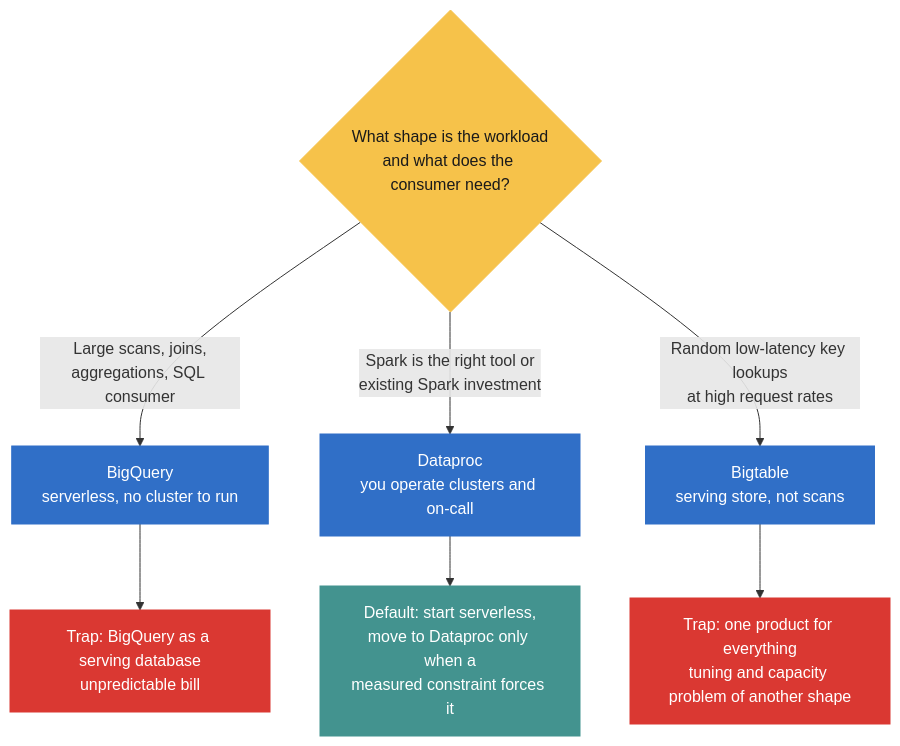
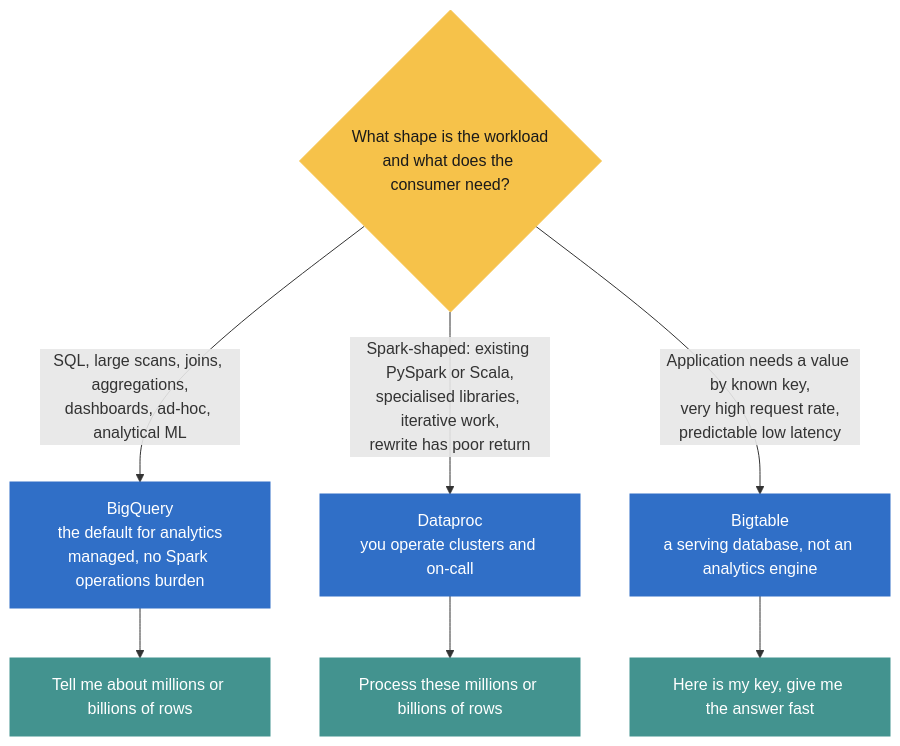
Diagram 27 of 57 in portfolio/interview/google/data-analytics/GOOGLE_CLOUD_DATA_ANALYTICS_LEAD/ROUNDS/ROUND_1_RRK.md (vishnoiprem/data-etl-ml), drawn with Mermaid before and after one commit. The commit also changed other lines of this file, not shown here.

Commit message:
RRK Q10: BigQuery vs Dataproc vs Bigtable answer with four flow diagrams, traps and probes

````diff
--- a/portfolio/interview/google/data-analytics/GOOGLE_CLOUD_DATA_ANALYTICS_LEAD/ROUNDS/ROUND_1_RRK.md
+++ b/portfolio/interview/google/data-analytics/GOOGLE_CLOUD_DATA_ANALYTICS_LEAD/ROUNDS/ROUND_1_RRK.md
@@ -1216,18 +1220,17 @@
 ```mermaid
 flowchart TD
     Q{"What shape is the workload<br/>and what does the consumer need?"}
-    Q -->|"Large scans, joins,<br/>aggregations, SQL consumer"| BQ["BigQuery<br/>serverless, no cluster to run"]
-    Q -->|"Spark is the right tool or<br/>existing Spark investment"| DP["Dataproc<br/>you operate clusters and on-call"]
-    Q -->|"Random low-latency key lookups<br/>at high request rates"| BT["Bigtable<br/>serving store, not scans"]
-    BQ --> T1["Trap: BigQuery as a serving database<br/>unpredictable bill"]
-    DP --> D1["Default: start serverless,<br/>move to Dataproc only when a<br/>measured constraint forces it"]
-    BT --> T2["Trap: one product for everything<br/>tuning and capacity problem of another shape"]
+    Q -->|"SQL, large scans, joins, aggregations,<br/>dashboards, ad-hoc, analytical ML"| BQ["BigQuery<br/>the default for analytics<br/>managed, no Spark operations burden"]
+    Q -->|"Spark-shaped: existing PySpark or Scala,<br/>specialised libraries, iterative work,<br/>rewrite has poor return"| DP["Dataproc<br/>you operate clusters and on-call"]
+    Q -->|"Application needs a value by known key,<br/>very high request rate,<br/>predictable low latency"| BT["Bigtable<br/>a serving database, not an analytics engine"]
+    BQ --> A1["Tell me about millions or billions of rows"]
+    DP --> A2["Process these millions or billions of rows"]
+    BT --> A3["Here is my key, give me the answer fast"]
     classDef red fill:#DA3832,stroke:#DA3832,color:#fff
     classDef blue fill:#306FC7,stroke:#306FC7,color:#fff
     classDef yellow fill:#F6C24A,stroke:#F6C24A,color:#1a1a1a
     classDef green fill:#43938F,stroke:#43938F,color:#fff
     class Q yellow
     class BQ,DP,BT blue
-    class T1,T2 red
-    class D1 green
+    class A1,A2,A3 green
 ```
````
